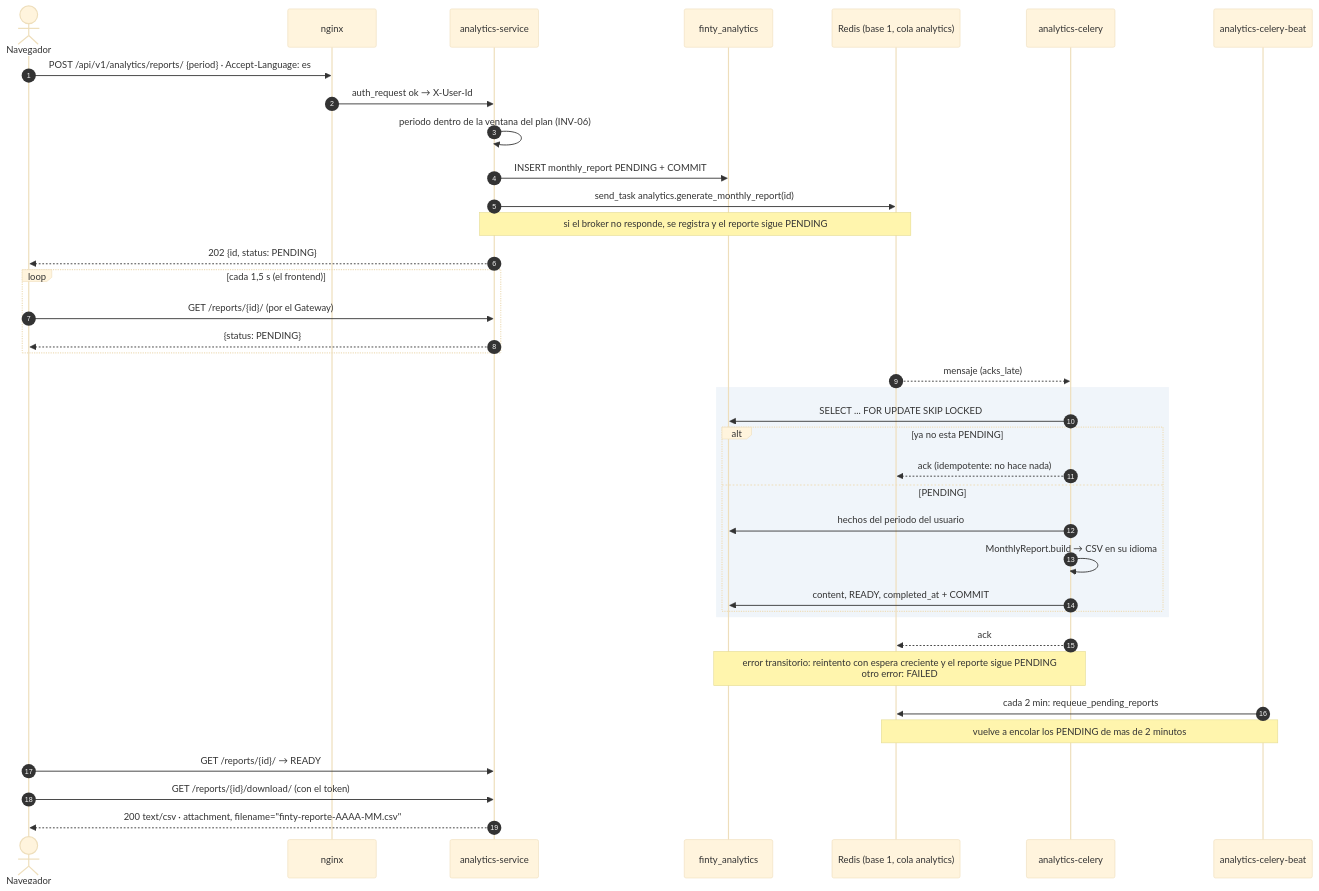
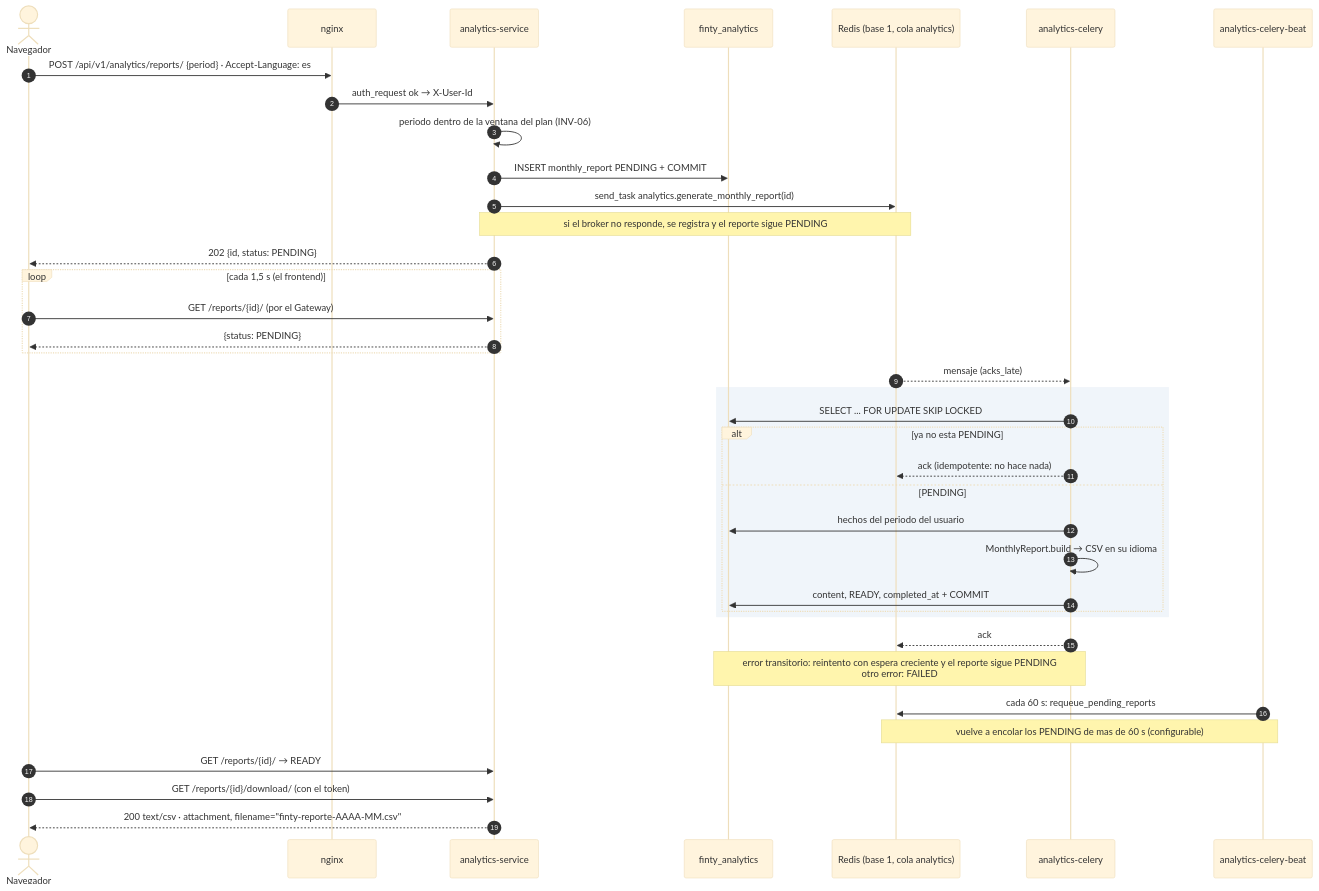
One commit to tsepulvedf/Finty changed diagram 13 of 17 in docs/ARCHITECTURE.md. Above: the diagram before and after it, drawn with Mermaid (base theme). The commit also changed other lines of this file and 11 other files, not shown here.

First line of the commit message:
fix(analytics-service): reencolar cada minuto los reportes con mas de un minuto en PENDING (E2-M9c)

````diff
--- a/docs/ARCHITECTURE.md
+++ b/docs/ARCHITECTURE.md
@@ -1842,41 +1842,41 @@
 ```mermaid
 sequenceDiagram
     autonumber
     actor U as Navegador
     participant NGX as nginx
     participant AN as analytics-service
     participant DB as finty_analytics
     participant RD as Redis (base 1, cola analytics)
     participant W as analytics-celery
     participant B as analytics-celery-beat
 
     U->>NGX: POST /api/v1/analytics/reports/ {period} · Accept-Language: es
     NGX->>AN: auth_request ok → X-User-Id
     AN->>AN: periodo dentro de la ventana del plan (INV-06)
     AN->>DB: INSERT monthly_report PENDING + COMMIT
     AN->>RD: send_task analytics.generate_monthly_report(id)
     Note over AN,RD: si el broker no responde, se registra y el reporte sigue PENDING
     AN-->>U: 202 {id, status: PENDING}
     loop cada 1,5 s (el frontend)
         U->>AN: GET /reports/{id}/ (por el Gateway)
         AN-->>U: {status: PENDING}
     end
     RD-->>W: mensaje (acks_late)
     rect rgb(240, 245, 250)
         W->>DB: SELECT ... FOR UPDATE SKIP LOCKED
         alt ya no esta PENDING
             W-->>RD: ack (idempotente: no hace nada)
         else PENDING
             W->>DB: hechos del periodo del usuario
             W->>W: MonthlyReport.build → CSV en su idioma
             W->>DB: content, READY, completed_at + COMMIT
         end
     end
     W-->>RD: ack
     Note over W,DB: error transitorio: reintento con espera creciente y el reporte sigue PENDING<br/>otro error: FAILED
-    B->>RD: cada 2 min: requeue_pending_reports
-    Note over B,RD: vuelve a encolar los PENDING de mas de 2 minutos
+    B->>RD: cada 60 s: requeue_pending_reports
+    Note over B,RD: vuelve a encolar los PENDING de mas de 60 s (configurable)
     U->>AN: GET /reports/{id}/ → READY
     U->>AN: GET /reports/{id}/download/ (con el token)
     AN-->>U: 200 text/csv · attachment, filename="finty-reporte-AAAA-MM.csv"
 ```
````
